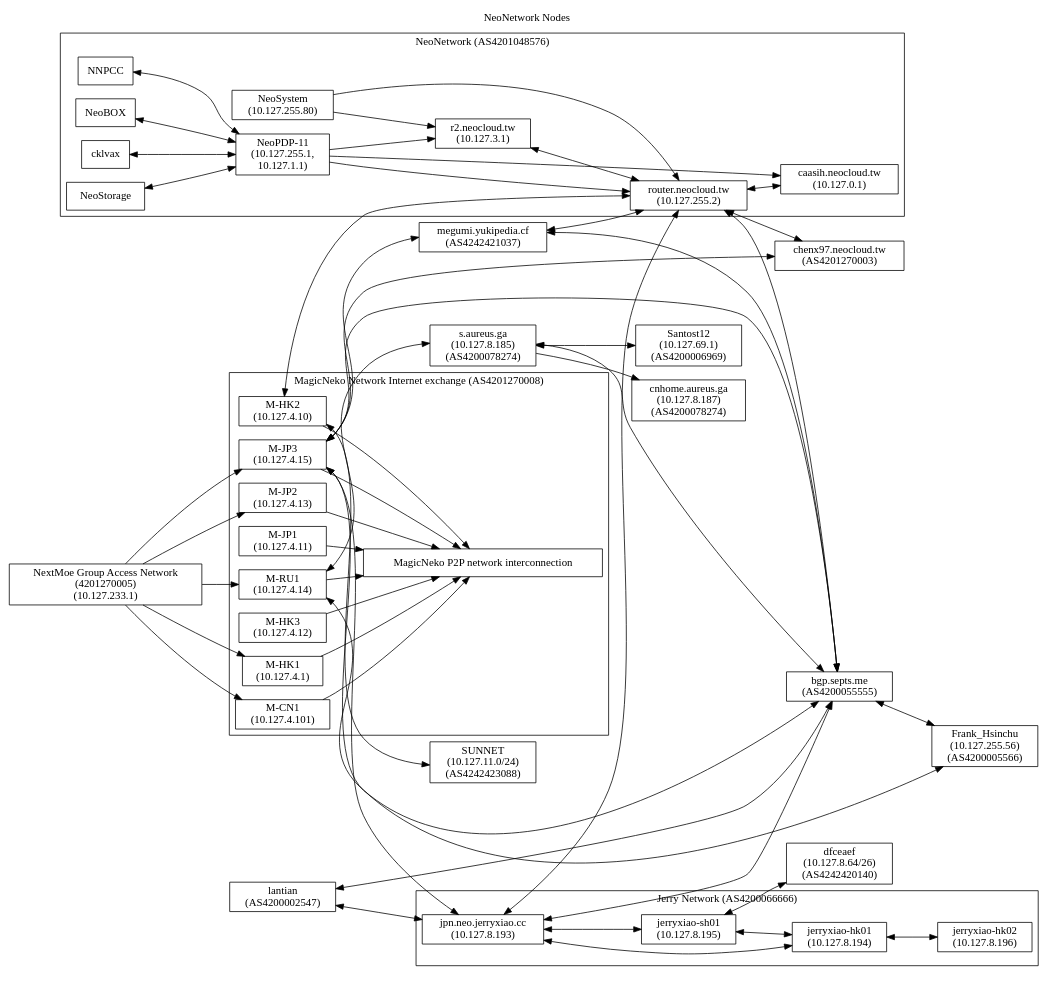
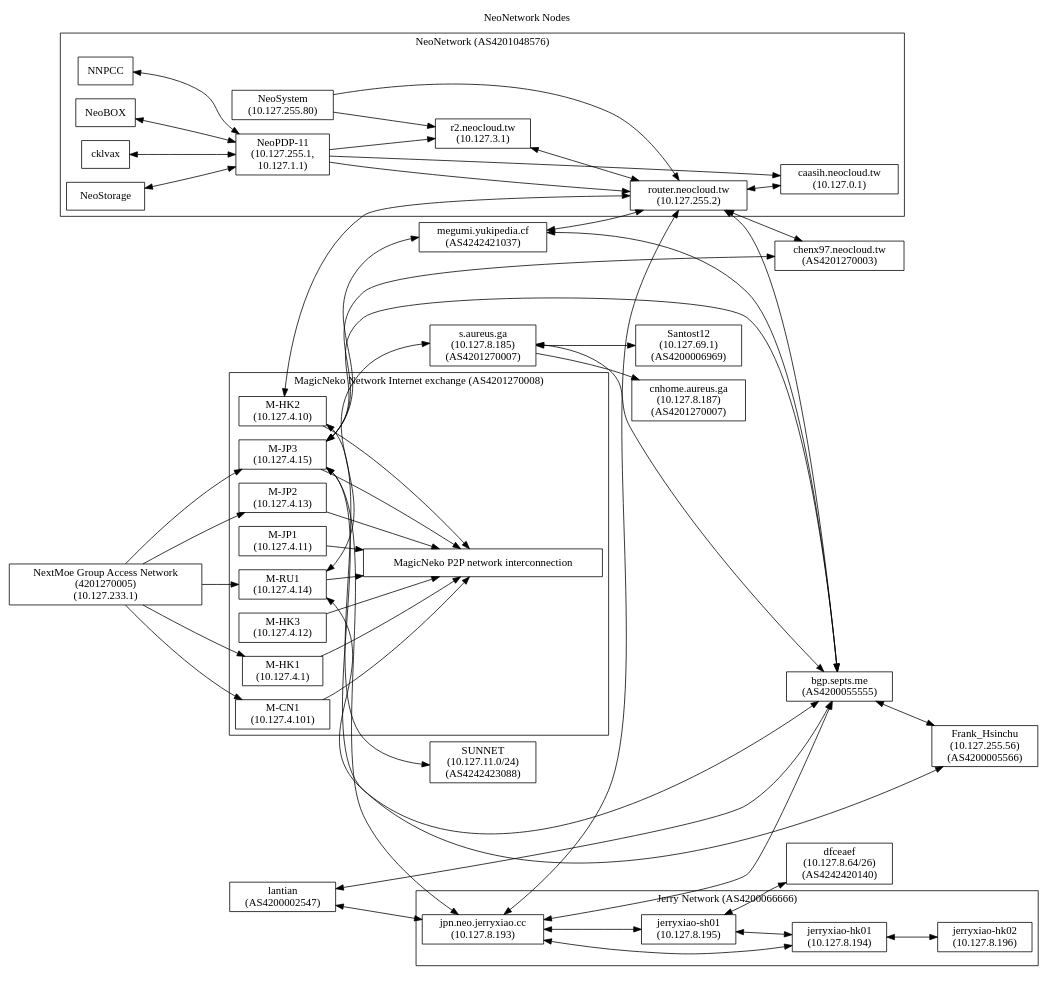
The diagram in nodes.dot (NeoCloud/NeoNetwork), drawn with Graphviz before and after one commit. The commit also changed 1 other file, not shown here.

```diff
--- a/nodes.dot
+++ b/nodes.dot
@@ -1,105 +1,105 @@
 digraph "NeoNetwork Nodes"
 {
 	label="NeoNetwork Nodes";
 	labelloc="t";
 	rankdir=LR;
 	node [shape=box]
 	c [label="caasih.neocloud.tw\n(10.127.0.1)"]
 	ucbvax [label="router.neocloud.tw\n(10.127.255.2)"]
 	np11 [label="NeoPDP-11\n(10.127.255.1,\n10.127.1.1)"]
 	ns [label="NeoSystem\n(10.127.255.80)"]
 	megumiLHS [label="megumi.yukipedia.cf\n(AS4242421037)"]
 	pan [label="r2.neocloud.tw\n(10.127.3.1)"]
 	icecat_Explosion [label="MagicNeko P2P network interconnection"]
 	icecat_Notebook [label="NextMoe Group Access Network\n(4201270005)\n(10.127.233.1)"]
 	magicneko_HK01 [label="M-HK1\n(10.127.4.1)"]
 	magicneko_HK02 [label="M-HK2\n(10.127.4.10)"]
 	magicneko_JP01 [label="M-JP1\n(10.127.4.11)"]
 	magicneko_HK03 [label="M-HK3\n(10.127.4.12)"]
 	magicneko_JP02 [label="M-JP2\n(10.127.4.13)"]
 	magicneko_RU01 [label="M-RU1\n(10.127.4.14)"]
 	magicneko_JP03 [label="M-JP3\n(10.127.4.15)"]
 	magicneko_CN01 [label="M-CN1\n(10.127.4.101)"]
-	staph [label="s.aureus.ga\n(10.127.8.185)\n(AS4200078274)"]
-	staph_CN [label="cnhome.aureus.ga\n(10.127.8.187)\n(AS4200078274)"]
+	staph [label="s.aureus.ga\n(10.127.8.185)\n(AS4201270007)"]
+	staph_CN [label="cnhome.aureus.ga\n(10.127.8.187)\n(AS4201270007)"]
 	chenx97 [label="chenx97.neocloud.tw\n(AS4201270003)"]
 	JerryXiao [label="jpn.neo.jerryxiao.cc\n(10.127.8.193)"]
 	JerryXiao_SH01 [label="jerryxiao-sh01\n(10.127.8.195)"]
 	JerryXiao_HK01 [label="jerryxiao-hk01\n(10.127.8.194)"]
 	JerryXiao_HK02 [label="jerryxiao-hk02\n(10.127.8.196)"]
 	septs [label="bgp.septs.me\n(AS4200055555)"]
 	lantian [label="lantian\n(AS4200002547)"]
 	dfceaef [label="dfceaef\n(10.127.8.64/26)\n(AS4242420140)"]
 	SUNNET [label="SUNNET\n(10.127.11.0/24)\n(AS4242423088)"]
 	santost12 [label="Santost12\n(10.127.69.1)\n(AS4200006969)"]
 	frank_hsinchu [label="Frank_Hsinchu\n(10.127.255.56)\n(AS4200005566)"]
 	subgraph cluster_AS4201048576
 	{
 		label = "NeoNetwork (AS4201048576)";
 
 		NNPCC -> np11 [dir=both]
 		NeoBOX -> np11 [dir=both]
 		cklvax -> np11 [dir=both]
 		NeoStorage -> np11 [dir=both]
 		np11 -> ucbvax
 		np11 -> pan
 		np11 -> c
 		ucbvax -> c [dir=both]
 		ns -> ucbvax
 		ns -> pan
 		pan -> ucbvax [dir=both]
 	}
 
 	megumiLHS -> ucbvax [dir=both]
 	magicneko_HK02 -> ucbvax [dir=both]
 	staph -> staph_CN
 	ucbvax -> chenx97 [dir=both]
 
 	subgraph cluster_4201270008
 	{
 		label="MagicNeko Network Internet exchange (AS4201270008)";
 
 		magicneko_HK01 -> icecat_Explosion
 		magicneko_HK02 -> icecat_Explosion
 		magicneko_JP01 -> icecat_Explosion
 		magicneko_HK03 -> icecat_Explosion
 		magicneko_JP02 -> icecat_Explosion
 		magicneko_RU01 -> icecat_Explosion
 		magicneko_JP03 -> icecat_Explosion
 		magicneko_CN01 -> icecat_Explosion
 	}
 
 	subgraph cluster_AS4200066666
 	{
 		label="Jerry Network (AS4200066666)";
 
 		JerryXiao -> JerryXiao_SH01 [dir=both]
 		JerryXiao -> JerryXiao_HK01 [dir=both]
 		JerryXiao_SH01 -> JerryXiao_HK01 [dir=both]
 		JerryXiao_HK01 -> JerryXiao_HK02 [dir=both]
 	}
 
 	JerryXiao -> ucbvax [dir=both]
 	JerryXiao -> septs [dir=both]
 	JerryXiao_SH01 -> dfceaef [dir=both]
 	magicneko_JP03 -> JerryXiao [dir=both]
 	lantian -> septs [dir=both]
 	lantian -> JerryXiao [dir=both]
 	magicneko_JP03 -> septs [dir=both]
 	staph -> septs [dir=both]
 	ucbvax -> septs [dir=both]
 	magicneko_JP03 -> chenx97 [dir=both]
 	magicneko_RU01 -> staph [dir=both]
 	megumiLHS -> septs [dir=both]
 	magicneko_HK02 -> SUNNET [dir=both]
 	staph -> santost12 [dir=both]
 	magicneko_RU01 -> septs [dir=both]
 	magicneko_JP03 -> megumiLHS [dir=both]
 	magicneko_JP03 -> frank_hsinchu [dir=both]
 	septs	->	frank_hsinchu	[dir=both]
 	icecat_Notebook -> magicneko_HK01
 	icecat_Notebook -> magicneko_JP03
 	icecat_Notebook -> magicneko_RU01
 	icecat_Notebook -> magicneko_CN01
 	icecat_Notebook -> magicneko_JP02
 }
```
